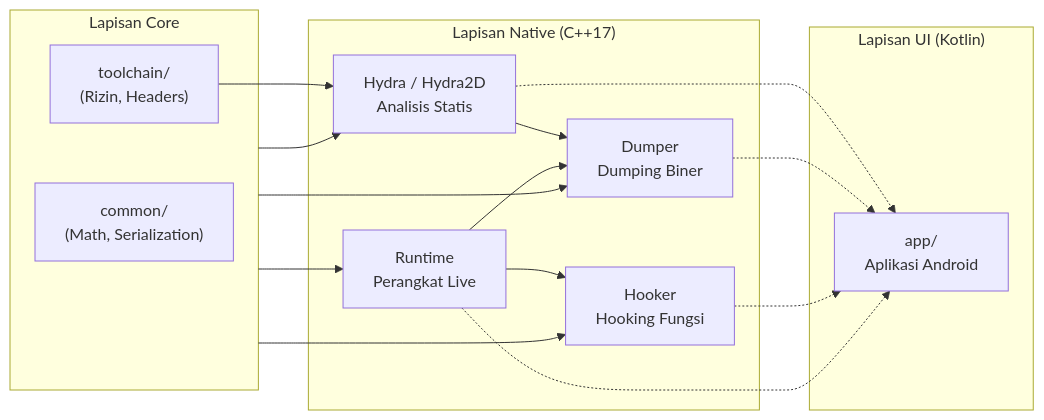
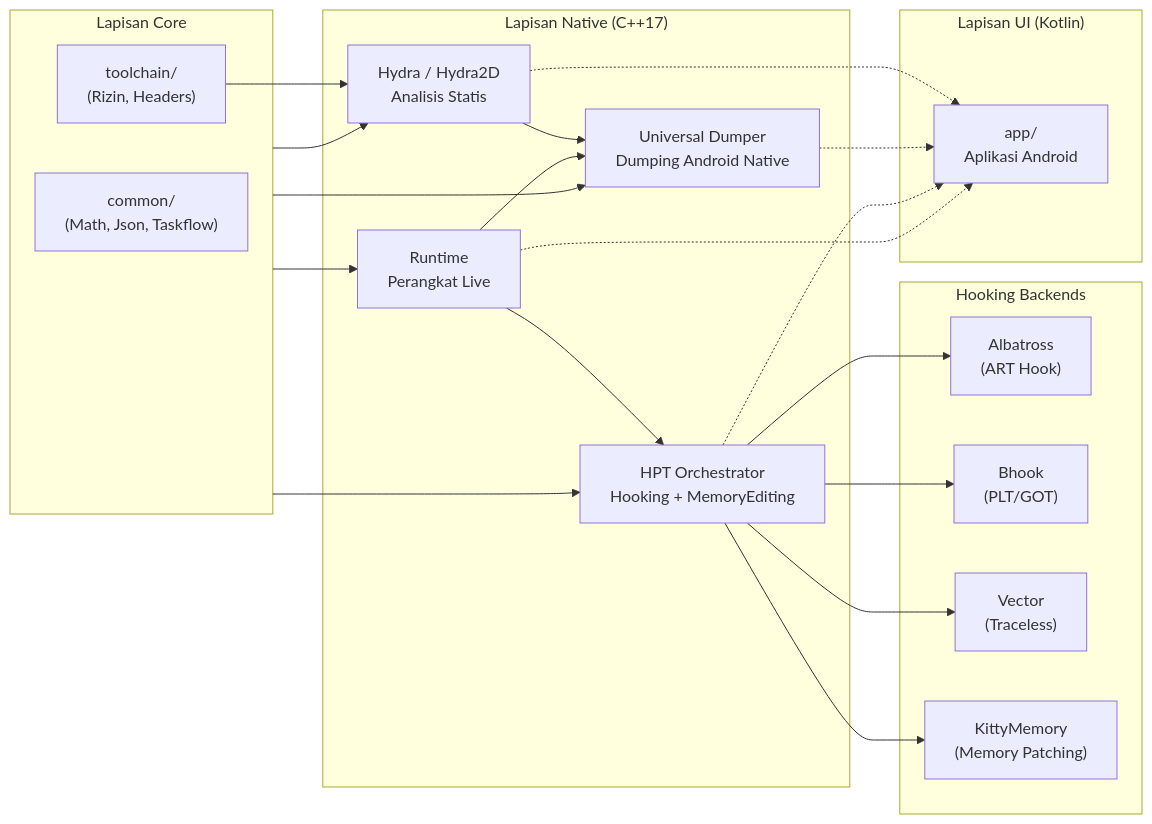
The second of 2 diagrams in README.md (CicakDroid/OmniByte), drawn with Mermaid before and after one commit. The commit also changed other lines of this file and 5 other files, not shown here.

First line of the commit message:
docs: refresh all README diagrams & add build script

````diff
--- a/README.md
+++ b/README.md
@@ -225,33 +247,44 @@
 ```mermaid
 flowchart LR
     subgraph CORE["Lapisan Core"]
-        COMMON["common/\n(Math, Serialization)"]
+        COMMON["common/\n(Math, Json, Taskflow)"]
         TOOLCHAIN["toolchain/\n(Rizin, Headers)"]
     end
 
     subgraph NATIVE["Lapisan Native (C++17)"]
         HYDRA["Hydra / Hydra2D\nAnalisis Statis"]
-        DUMPER["Dumper\nDumping Biner"]
-        HOOKER["Hooker\nHooking Fungsi"]
+        DUMPER["Universal Dumper\nDumping Android Native"]
+        HPT["HPT Orchestrator\nHooking + MemoryEditing"]
         RUNTIME["Runtime\nPerangkat Live"]
+    end
+
+    subgraph HOOKS["Hooking Backends"]
+        HK_ART["Albatross\n(ART Hook)"]
+        HK_BHK["Bhook\n(PLT/GOT)"]
+        HK_VEC["Vector\n(Traceless)"]
+        HK_KIT["KittyMemory\n(Memory Patching)"]
     end
 
     subgraph UI["Lapisan UI (Kotlin)"]
         APP["app/\nAplikasi Android"]
     end
 
     CORE --> HYDRA
     CORE --> DUMPER
-    CORE --> HOOKER
+    CORE --> HPT
     CORE --> RUNTIME
     TOOLCHAIN --> HYDRA
 
     HYDRA --> DUMPER
     RUNTIME --> DUMPER
-    RUNTIME --> HOOKER
+    RUNTIME --> HPT
+    HPT --> HK_ART
+    HPT --> HK_BHK
+    HPT --> HK_VEC
+    HPT --> HK_KIT
 
     HYDRA -.-> APP
     DUMPER -.-> APP
-    HOOKER -.-> APP
+    HPT -.-> APP
     RUNTIME -.-> APP
 ```
````
